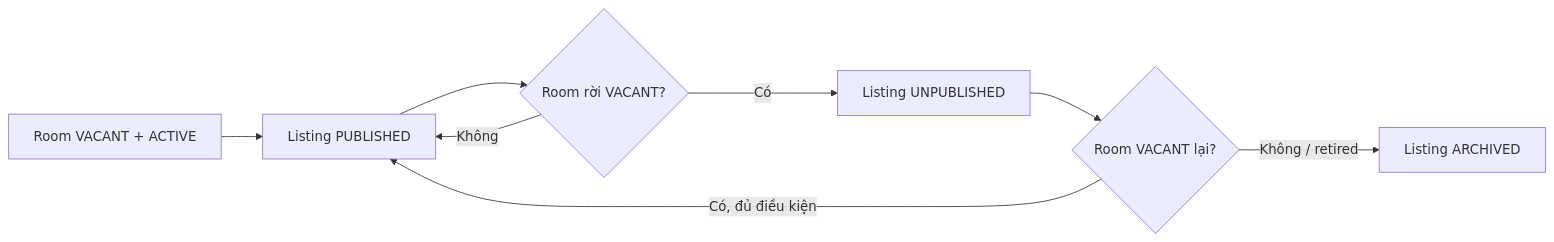
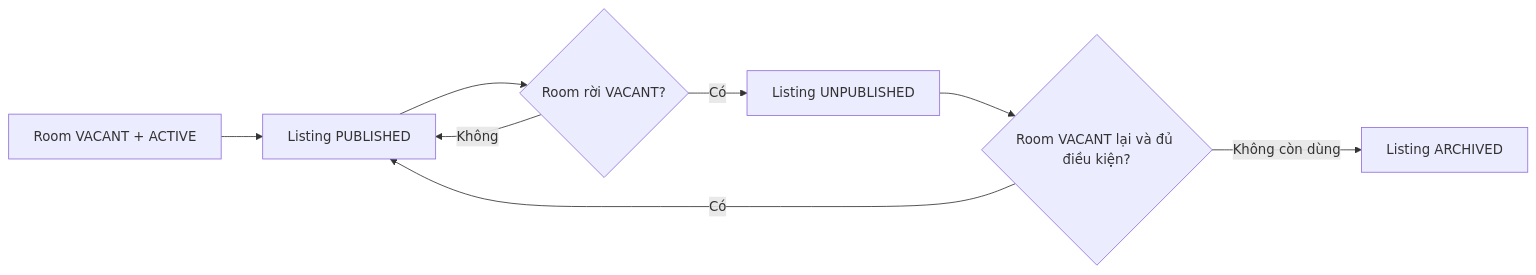
One commit to Danh20100/moibile_app changed the sixth of 7 diagrams in docs/contexts/end-to-end-flows.md. Above: the diagram before and after it, drawn with Mermaid. The commit also changed other lines of this file and 9 other files, not shown here.

````diff
--- a/docs/contexts/end-to-end-flows.md
+++ b/docs/contexts/end-to-end-flows.md
@@ -106,10 +107,10 @@
 ```mermaid
 flowchart LR
-    RV[Room VACANT + ACTIVE] --> LP[Listing PUBLISHED]
-    LP --> D{Room rời VACANT?}
-    D -->|Có| LU[Listing UNPUBLISHED]
-    D -->|Không| LP
-    LU --> R{Room VACANT lại?}
-    R -->|Có, đủ điều kiện| LP
-    R -->|Không / retired| LA[Listing ARCHIVED]
+    R["Room VACANT + ACTIVE"] --> L["Listing PUBLISHED"]
+    L --> X{"Room rời VACANT?"}
+    X -->|"Có"| U["Listing UNPUBLISHED"]
+    X -->|"Không"| L
+    U --> V{"Room VACANT lại và đủ điều kiện?"}
+    V -->|"Có"| L
+    V -->|"Không còn dùng"| A["Listing ARCHIVED"]
 ```
````
